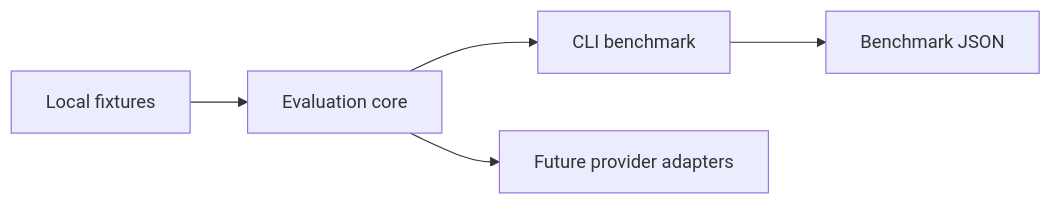
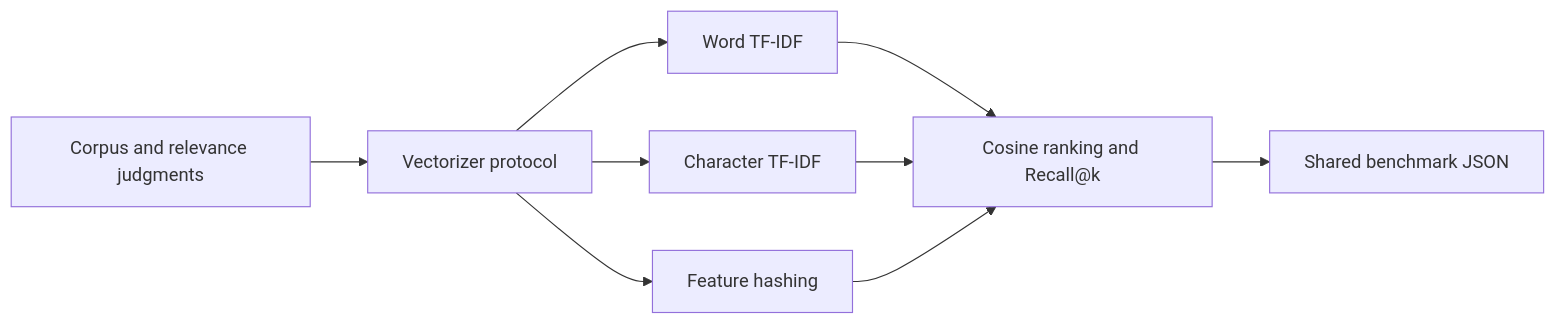
The diagram in README.md (Brilhante29/embeddings-benchmark), drawn with Mermaid before and after one commit. The commit also changed other lines of this file and 43 other files, not shown here.

````diff
--- a/README.md
+++ b/README.md
@@ -13,7 +15,11 @@
 ```mermaid
 flowchart LR
-  Fixtures["Local fixtures"] --> Core["Evaluation core"]
-  Core --> CLI["CLI benchmark"]
-  CLI --> Result["Benchmark JSON"]
-  Core --> Future["Future provider adapters"]
+  Fixtures["Corpus and relevance judgments"] --> Port["Vectorizer protocol"]
+  Port --> Word["Word TF-IDF"]
+  Port --> Char["Character TF-IDF"]
+  Port --> Hash["Feature hashing"]
+  Word --> Core["Cosine ranking and Recall@k"]
+  Char --> Core
+  Hash --> Core
+  Core --> Result["Shared benchmark JSON"]
 ```
````
